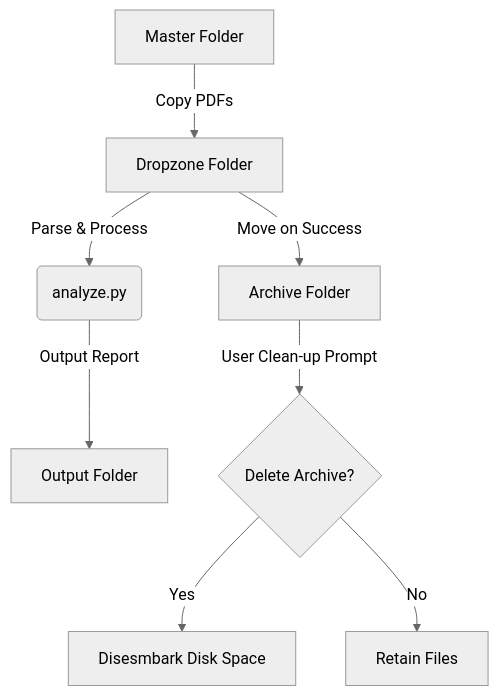
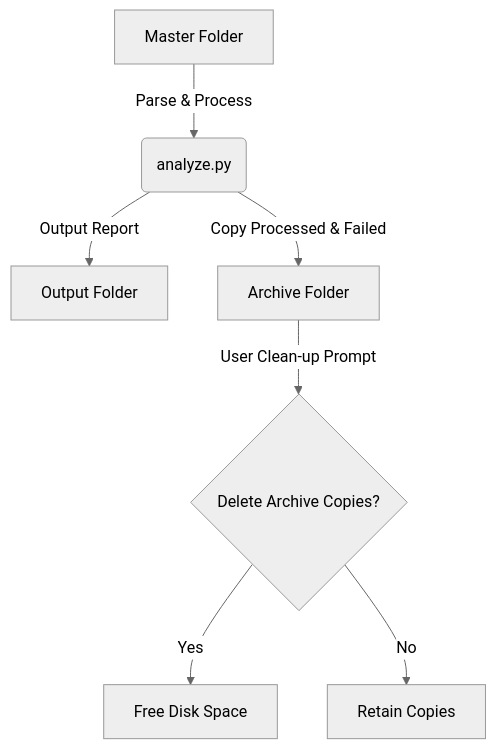
One commit to Mieszc/brxpl-protocol-pdf-analyzer changed the diagram in TECHNICAL_DOCUMENTATION.md. Above: the diagram before and after it, drawn with Mermaid (neutral theme). The commit also changed other lines of this file and 7 other files, not shown here.

First line of the commit message:
Refactor Delivery Protocol Analyzer: Remove Dropzone and implement 3-folder pipeline

````diff
--- a/TECHNICAL_DOCUMENTATION.md
+++ b/TECHNICAL_DOCUMENTATION.md
@@ -18,10 +17,9 @@
 ```mermaid
 graph TD
-    A[Master Folder] -- Copy PDFs --> B[Dropzone Folder]
-    B -- Parse & Process --> C(analyze.py)
+    A[Master Folder] -- Parse & Process --> C(analyze.py)
     C -- Output Report --> D[Output Folder]
-    B -- Move on Success --> E[Archive Folder]
-    E -- User Clean-up Prompt --> F{Delete Archive?}
-    F -- Yes --> G[Disesmbark Disk Space]
-    F -- No --> H[Retain Files]
+    C -- Copy Processed & Failed --> E[Archive Folder]
+    E -- User Clean-up Prompt --> F{Delete Archive Copies?}
+    F -- Yes --> G[Free Disk Space]
+    F -- No --> H[Retain Copies]
 ```
````
